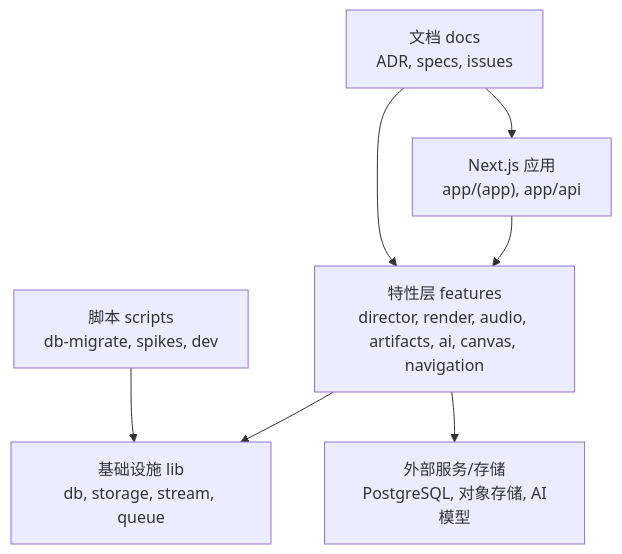
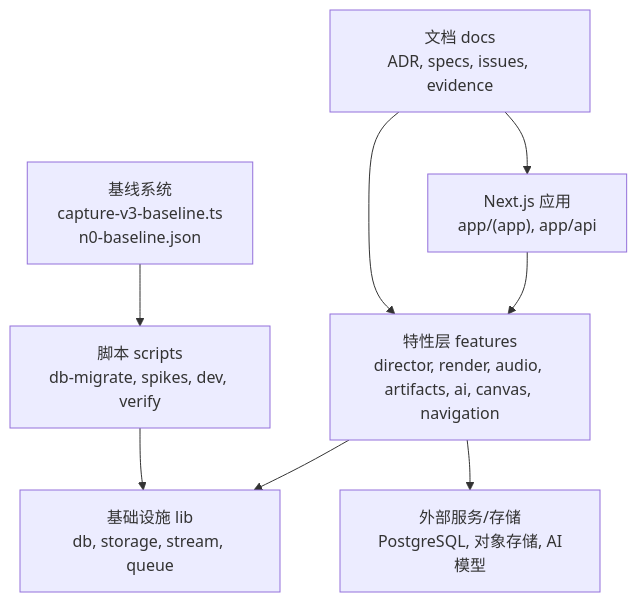
The first of 7 diagrams in .qoder/repowiki/zh/content/架构设计/重构蓝图系统/重构v3基础设施.md (AIMFllyYS/code-video-canvas), drawn with Mermaid before and after one commit. The commit also changed other lines of this file and 44 other files, not shown here.

````diff
--- a/.qoder/repowiki/zh/content/架构设计/重构蓝图系统/重构v3基础设施.md
+++ b/.qoder/repowiki/zh/content/架构设计/重构蓝图系统/重构v3基础设施.md
@@ -72,9 +86,10 @@
 ```mermaid
 graph TB
 A["Next.js 应用<br/>app/(app), app/api"] --> B["特性层 features<br/>director, render, audio, artifacts, ai, canvas, navigation"]
 B --> C["基础设施 lib<br/>db, storage, stream, queue"]
 B --> D["外部服务/存储<br/>PostgreSQL, 对象存储, AI模型"]
-E["脚本 scripts<br/>db-migrate, spikes, dev"] --> C
-F["文档 docs<br/>ADR, specs, issues"] --> A
+E["脚本 scripts<br/>db-migrate, spikes, dev, verify"] --> C
+F["文档 docs<br/>ADR, specs, issues, evidence"] --> A
 F --> B
+G["基线系统<br/>capture-v3-baseline.ts<br/>n0-baseline.json"] --> E
 ```
````
